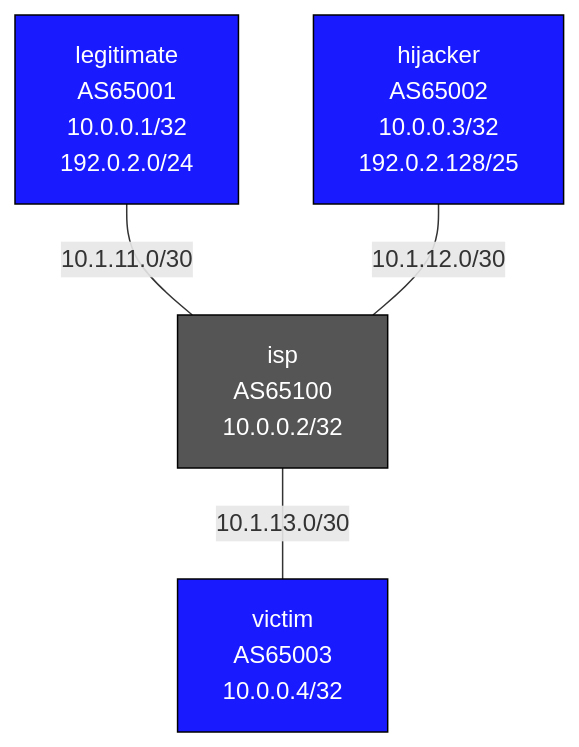
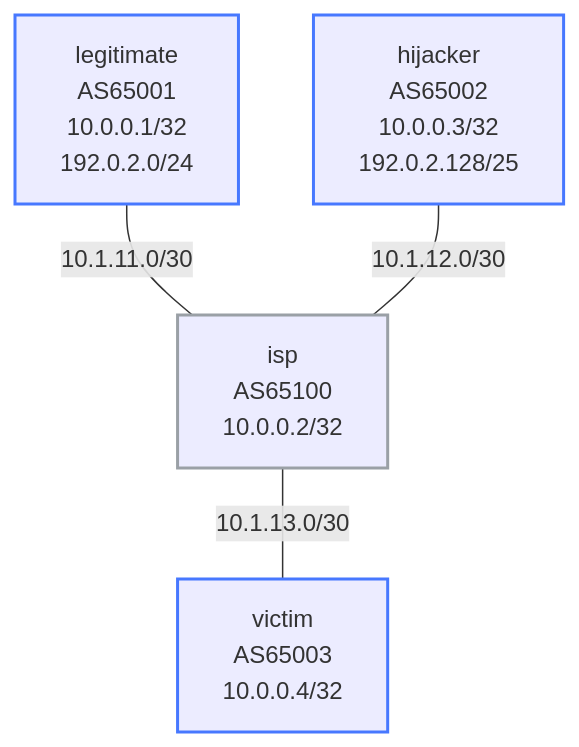
One commit to jschless/networkingLabs changed the diagram in labs/bgp-prefix-security/README.md. Above: the diagram before and after it, drawn with Mermaid. The commit also changed 250 other files, not shown here.

Commit message:
Fix unreadable topology diagrams, convert ASCII art, publish assessments (#57)

````diff
--- a/labs/bgp-prefix-security/README.md
+++ b/labs/bgp-prefix-security/README.md
@@ -12,16 +12,16 @@
 ```mermaid
 flowchart TB
-    legitimate["legitimate\nAS65001\n10.0.0.1/32\n192.0.2.0/24"]
-    hijacker["hijacker\nAS65002\n10.0.0.3/32\n192.0.2.128/25"]
-    isp["isp\nAS65100\n10.0.0.2/32"]
-    victim["victim\nAS65003\n10.0.0.4/32"]
+    legitimate["legitimate<br/>AS65001<br/>10.0.0.1/32<br/>192.0.2.0/24"]
+    hijacker["hijacker<br/>AS65002<br/>10.0.0.3/32<br/>192.0.2.128/25"]
+    isp["isp<br/>AS65100<br/>10.0.0.2/32"]
+    victim["victim<br/>AS65003<br/>10.0.0.4/32"]
 
     legitimate -- "10.1.11.0/30" --- isp
     hijacker -- "10.1.12.0/30" --- isp
     isp -- "10.1.13.0/30" --- victim
 
-    classDef router fill:#1a1aff,color:#fff,stroke:#000
-    classDef isp    fill:#555,color:#fff,stroke:#000
+    classDef router stroke:#4778ff,stroke-width:2px
+    classDef isp stroke:#9aa0a6,stroke-width:2px
     class legitimate,hijacker,victim router
     class isp isp
 ```
````
